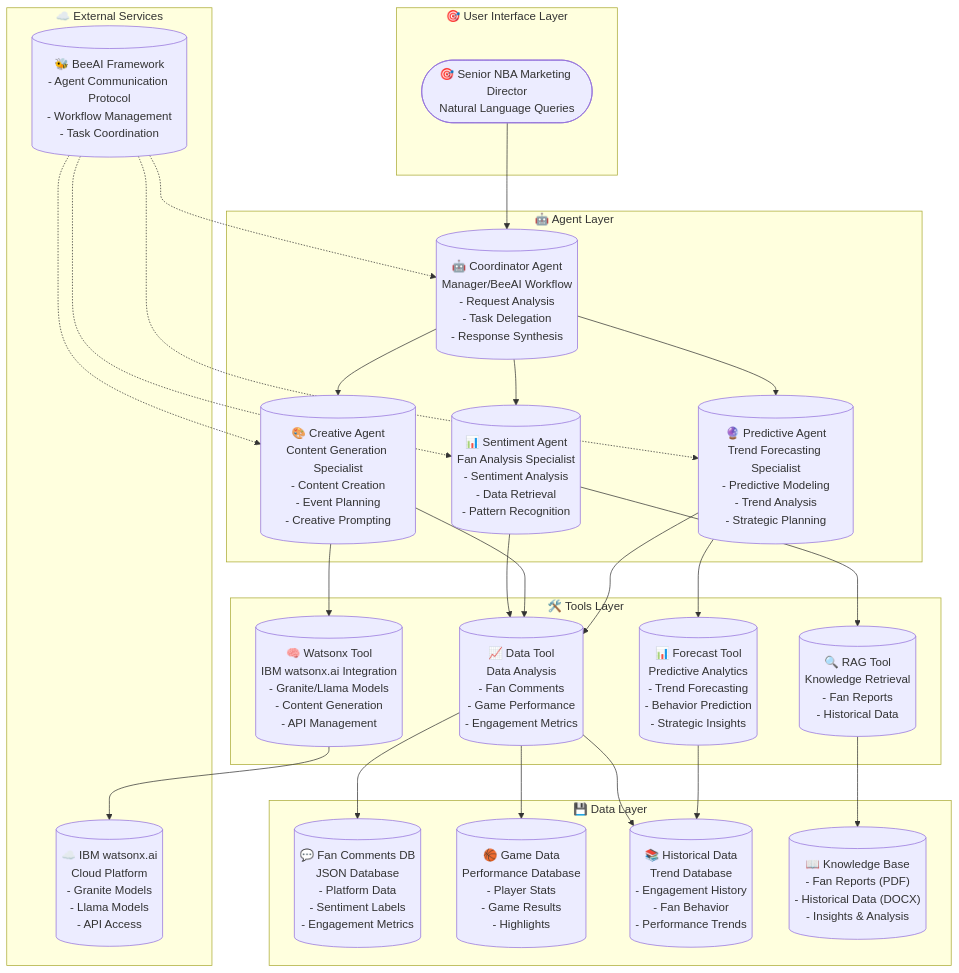
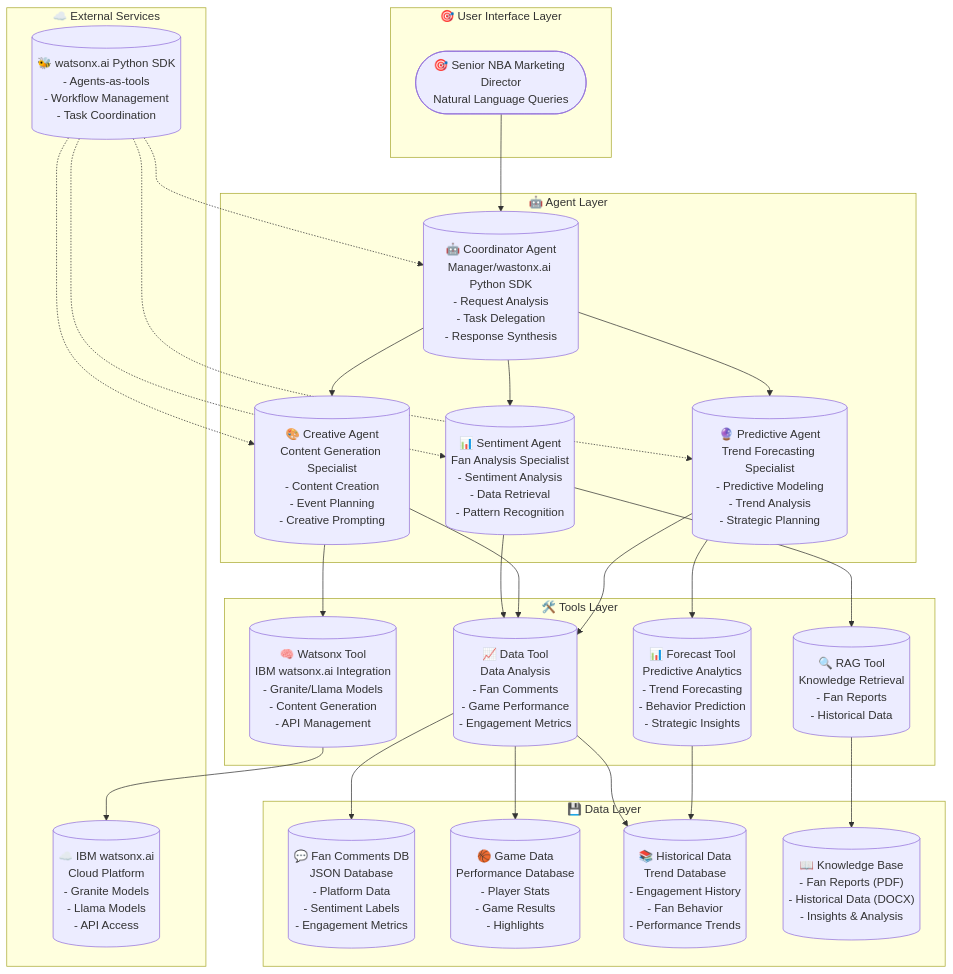
Before and after one commit to Alvin9840/NBA-Marketing-AI-Dashboard: the diagram in README.md, drawn with Mermaid. The commit also changed other lines of this file, not shown here.

Commit message:
updated README with the correct framework

```diff
--- a/README.md
+++ b/README.md
@@ -21,7 +21,7 @@
     User(["🎯 Senior NBA Marketing Director<br/>Natural Language Queries"])
     
     %% Coordinator Agent
-    CA[("🤖 Coordinator Agent<br/>Manager/BeeAI Workflow<br/>- Request Analysis<br/>- Task Delegation<br/>- Response Synthesis")]
+    CA[("🤖 Coordinator Agent<br/>Manager/wastonx.ai Python SDK<br/>- Request Analysis<br/>- Task Delegation<br/>- Response Synthesis")]
     class CA coordinator
     
     %% Specialist Agents
@@ -65,8 +65,8 @@
     WX[("☁️ IBM watsonx.ai<br/>Cloud Platform<br/>- Granite Models<br/>- Llama Models<br/>- API Access")]
     class WX external
     
-    %% BeeAI Framework
-    BF[("🐝 BeeAI Framework<br/>- Agent Communication Protocol<br/>- Workflow Management<br/>- Task Coordination")]
+    %% watsonx.ai Python SDK
+    BF[("🐝 watsonx.ai Python SDK<br/>- Agents-as-tools <br/>- Workflow Management<br/>- Task Coordination")]
     class BF external
     
     %% Connections
```
